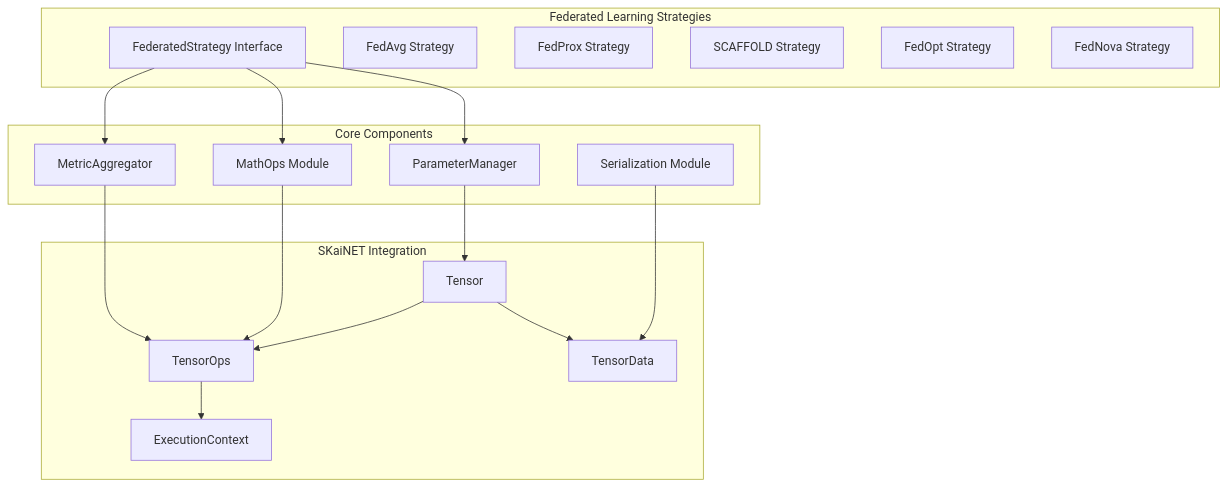
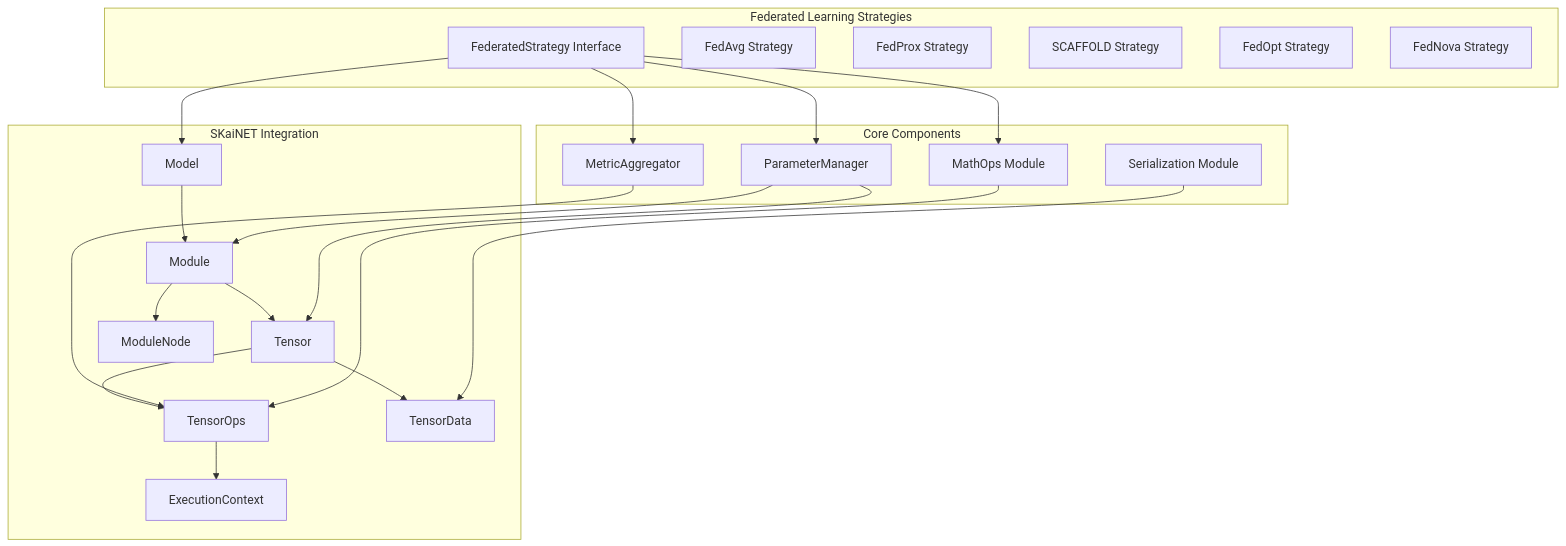
Before and after one commit to Fed-SKaiNET/skainet-fed: the first of 2 diagrams in .kiro/specs/federated-learning-strategies/design.md, drawn with Mermaid. The commit also changed other lines of this file and 9 other files, not shown here.

````diff
--- a/.kiro/specs/federated-learning-strategies/design.md
+++ b/.kiro/specs/federated-learning-strategies/design.md
@@ -13,36 +13,44 @@
 ```mermaid
 graph TB
     subgraph "Federated Learning Strategies"
         FLS[FederatedStrategy Interface]
         FA[FedAvg Strategy]
         FP[FedProx Strategy]
         SC[SCAFFOLD Strategy]
         FO[FedOpt Strategy]
         FN[FedNova Strategy]
     end
     
     subgraph "Core Components"
         PM[ParameterManager]
         MO[MathOps Module]
         MA[MetricAggregator]
         SM[Serialization Module]
     end
     
     subgraph "SKaiNET Integration"
         EC[ExecutionContext]
         TO[TensorOps]
         TD[TensorData]
         T[Tensor<T,V>]
+        M[Model<T,V,I,O>]
+        MOD[Module<T,V>]
+        MN[ModuleNode]
     end
     
     FLS --> PM
     FLS --> MO
     FLS --> MA
+    FLS --> M
     PM --> T
+    PM --> MOD
     MO --> TO
     MA --> TO
     SM --> TD
     T --> TD
     T --> TO
     TO --> EC
+    M --> MOD
+    MOD --> MN
+    MOD --> T
 ```
````
